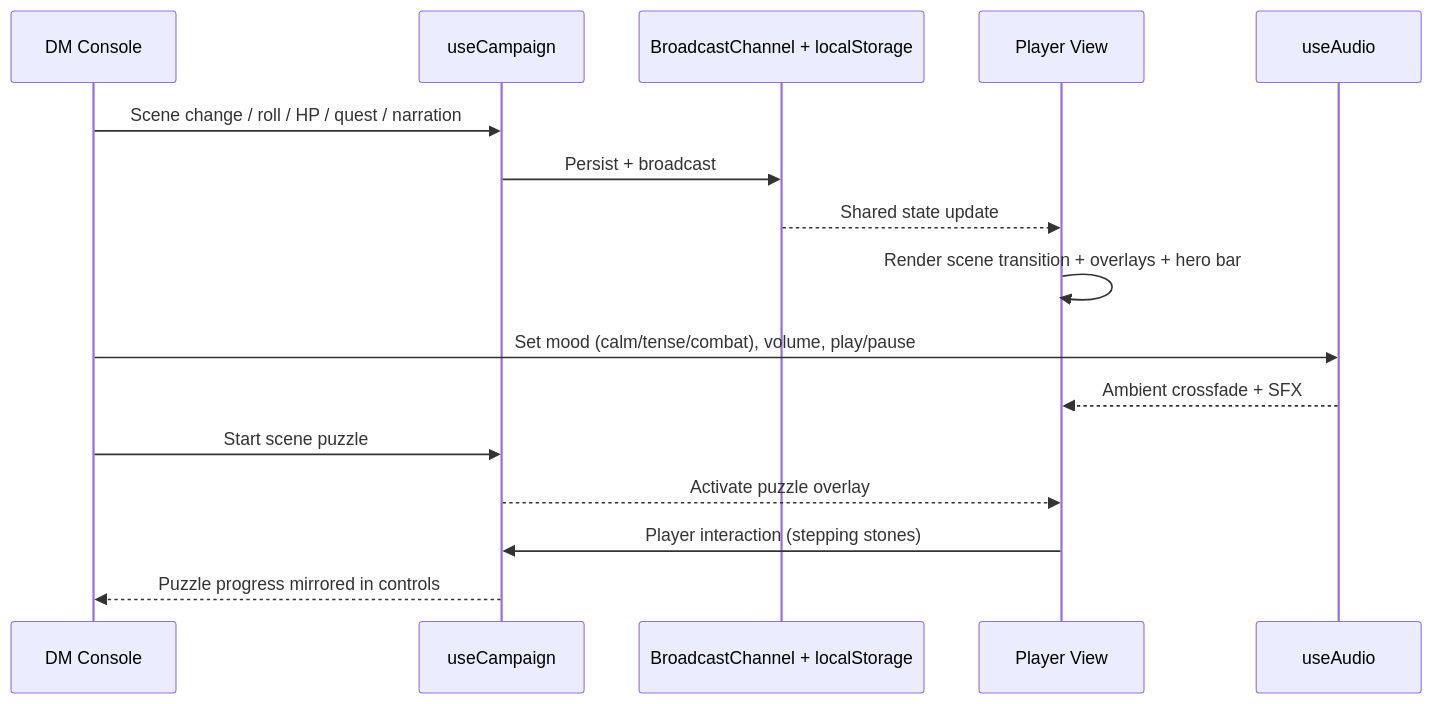
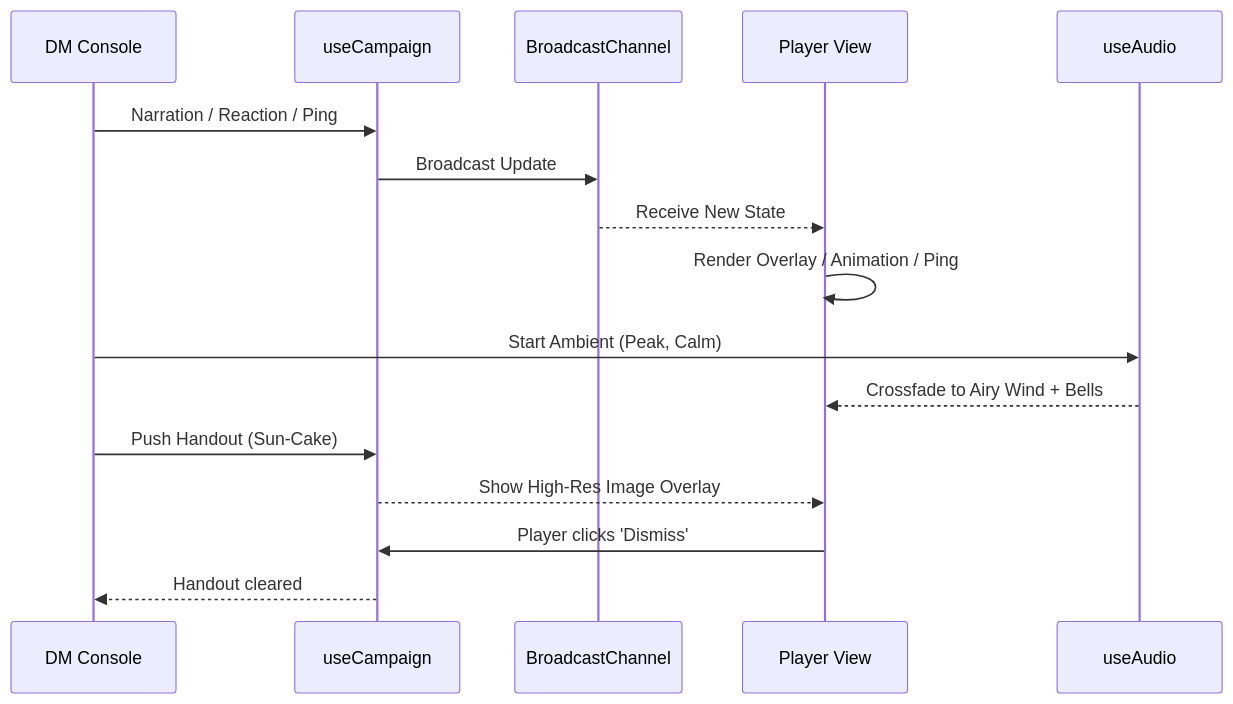
The second of 2 diagrams in documentation.md (lanoitcif/ddcamp), drawn with Mermaid before and after one commit. The commit also changed other lines of this file and 12 other files, not shown here.

Commit message:
feat: D&D Engine v2.0 - Minecraft audio, Reactions, Pings, Handouts, and documentation sync

````diff
--- a/documentation.md
+++ b/documentation.md
@@ -54,21 +69,21 @@
 ```mermaid
 sequenceDiagram
     participant DM as DM Console
     participant State as useCampaign
-    participant Sync as BroadcastChannel + localStorage
+    participant Sync as BroadcastChannel
     participant TV as Player View
     participant Audio as useAudio
 
-    DM->>State: Scene change / roll / HP / quest / narration
-    State->>Sync: Persist + broadcast
-    Sync-->>TV: Shared state update
-    TV->>TV: Render scene transition + overlays + hero bar
+    DM->>State: Narration / Reaction / Ping
+    State->>Sync: Broadcast Update
+    Sync-->>TV: Receive New State
+    TV->>TV: Render Overlay / Animation / Ping
 
-    DM->>Audio: Set mood (calm/tense/combat), volume, play/pause
-    Audio-->>TV: Ambient crossfade + SFX
+    DM->>Audio: Start Ambient (Peak, Calm)
+    Audio-->>TV: Crossfade to Airy Wind + Bells
 
-    DM->>State: Start scene puzzle
-    State-->>TV: Activate puzzle overlay
-    TV->>State: Player interaction (stepping stones)
-    State-->>DM: Puzzle progress mirrored in controls
+    DM->>State: Push Handout (Sun-Cake)
+    State-->>TV: Show High-Res Image Overlay
+    TV->>State: Player clicks 'Dismiss'
+    State-->>DM: Handout cleared
 ```
````
